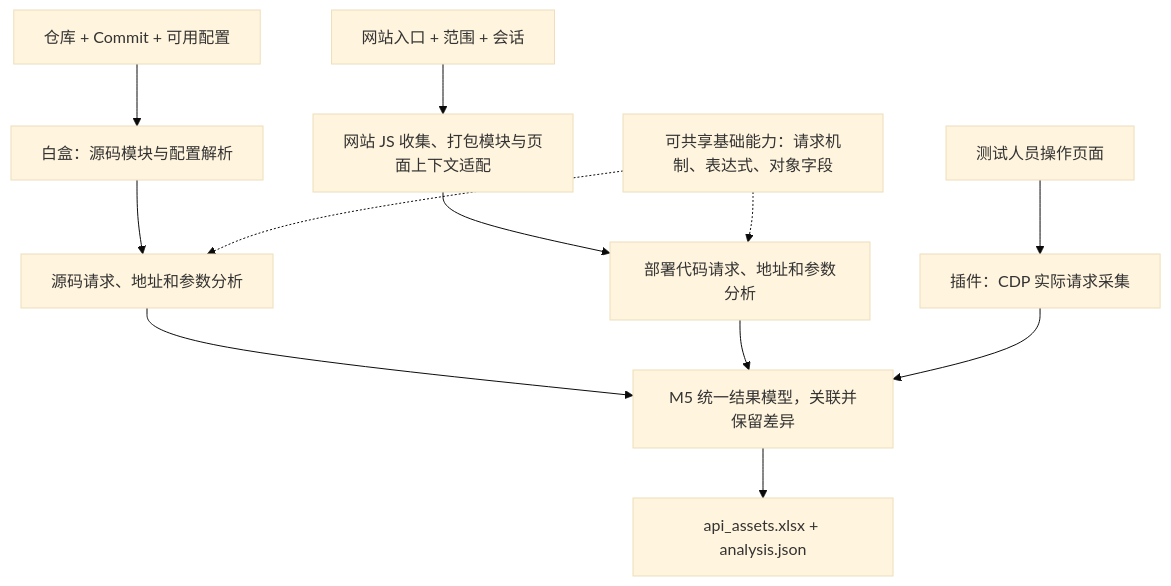
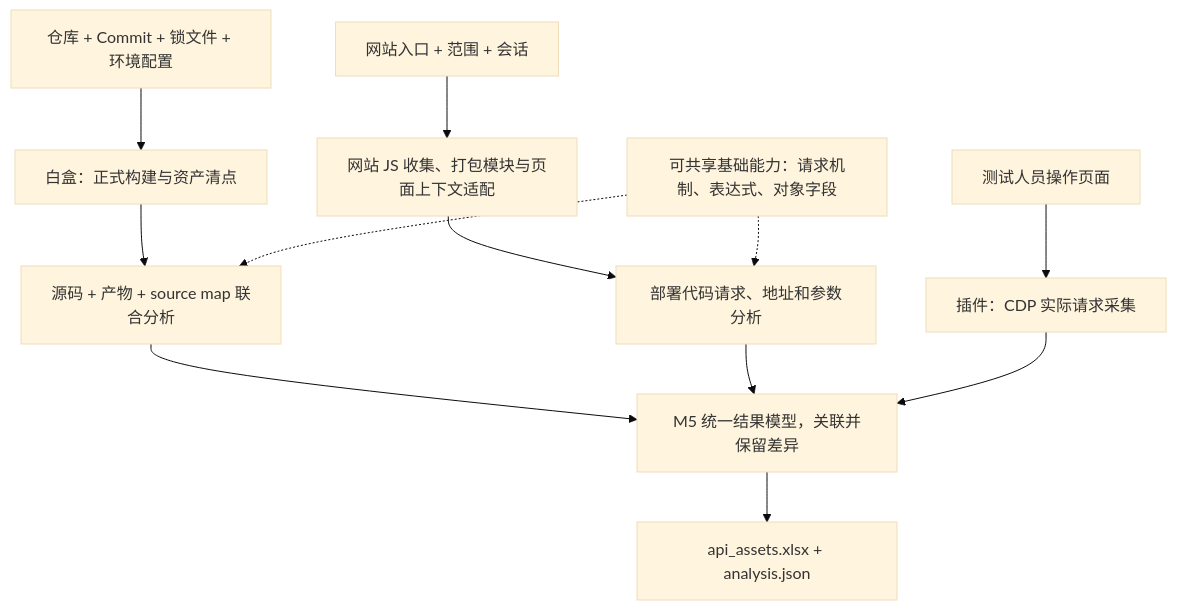
The diagram in docs/API资产收集总方案.md (luohaijiang789/js-security), drawn with Mermaid (base theme) before and after one commit. The commit also changed other lines of this file and 13 other files, not shown here.

````diff
--- a/docs/API资产收集总方案.md
+++ b/docs/API资产收集总方案.md
@@ -17,14 +17,14 @@
 ```mermaid
 flowchart TD
-    W["仓库 + Commit + 可用配置"] --> WA["白盒：源码模块与配置解析"]
-    WA --> WS["源码请求、地址和参数分析"]
+    W["仓库 + Commit + 锁文件 + 环境配置"] --> WA["白盒：正式构建与资产清点"]
+    WA --> WS["源码 + 产物 + source map 联合分析"]
     S["网站入口 + 范围 + 会话"] --> SA["网站 JS 收集、打包模块与页面上下文适配"]
     SA --> SS["部署代码请求、地址和参数分析"]
     B["测试人员操作页面"] --> BR["插件：CDP 实际请求采集"]
     C["可共享基础能力：请求机制、表达式、对象字段"] -.-> WS
     C -.-> SS
     WS --> M["M5 统一结果模型，关联并保留差异"]
     SS --> M
     BR --> M
     M --> X["api_assets.xlsx + analysis.json"]
 ```
````
